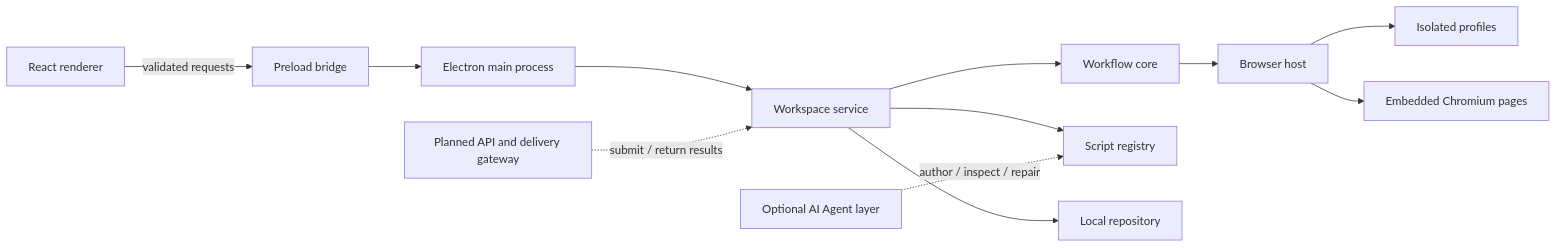
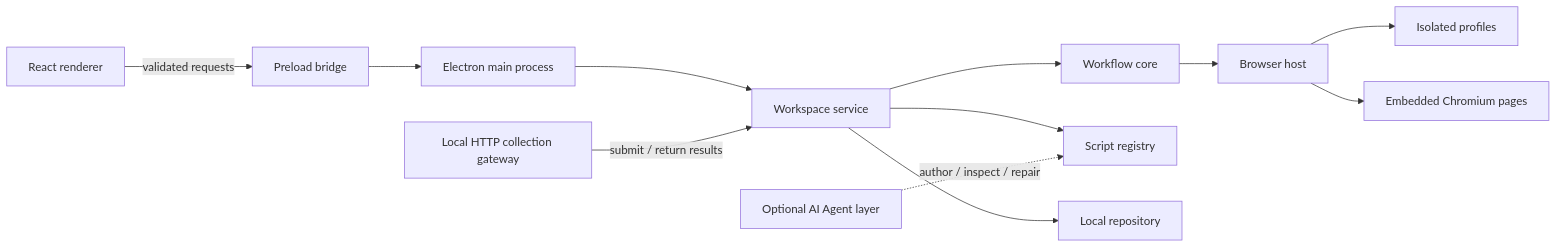
Before and after one commit to Spark-Relics/Mimesis: the diagram in README.md, drawn with Mermaid. The commit also changed other lines of this file and 55 other files, not shown here.

````diff
--- a/README.md
+++ b/README.md
@@ -34,14 +36,14 @@
 ```mermaid
 flowchart LR
     UI[React renderer] -->|validated requests| Preload[Preload bridge]
     Preload --> Main[Electron main process]
     Main --> Workspace[Workspace service]
     Workspace --> Runner[Workflow core]
     Workspace --> Registry[Script registry]
     Workspace --> Store[Local repository]
     Runner --> Host[Browser host]
     Host --> Profiles[Isolated profiles]
     Host --> Chromium[Embedded Chromium pages]
     Agent[Optional AI Agent layer] -. author / inspect / repair .-> Registry
-    Gateway[Planned API and delivery gateway] -. submit / return results .-> Workspace
+    Gateway[Local HTTP collection gateway] -->|submit / return results| Workspace
 ```
````
